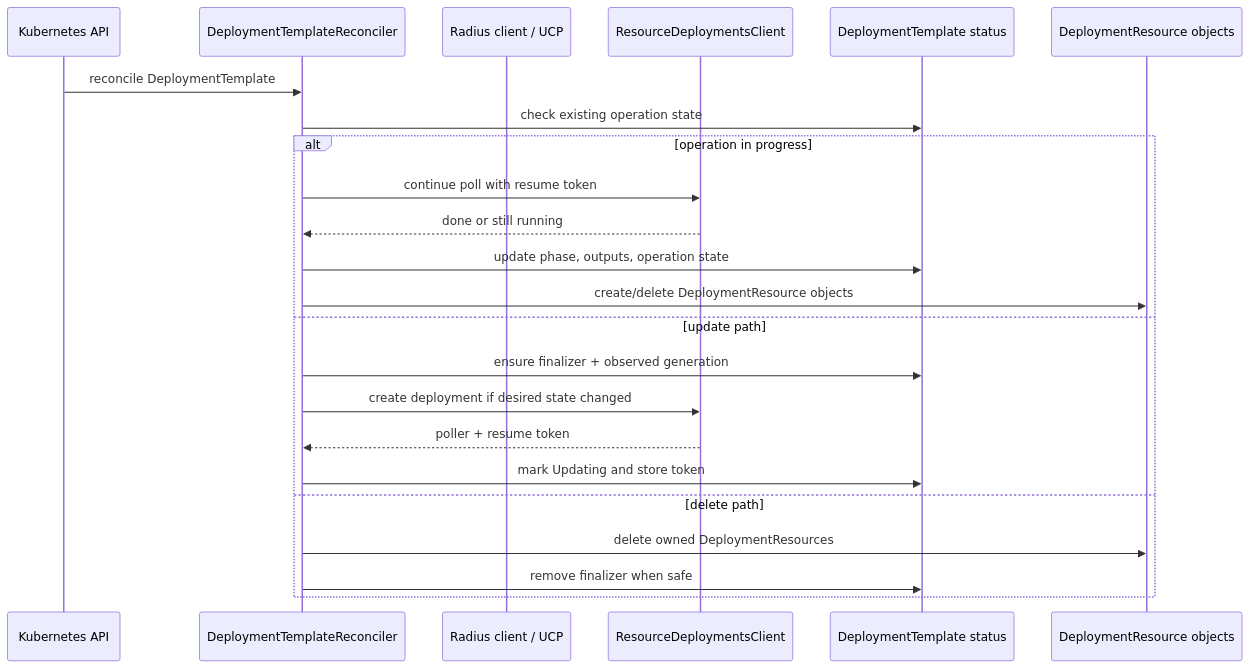
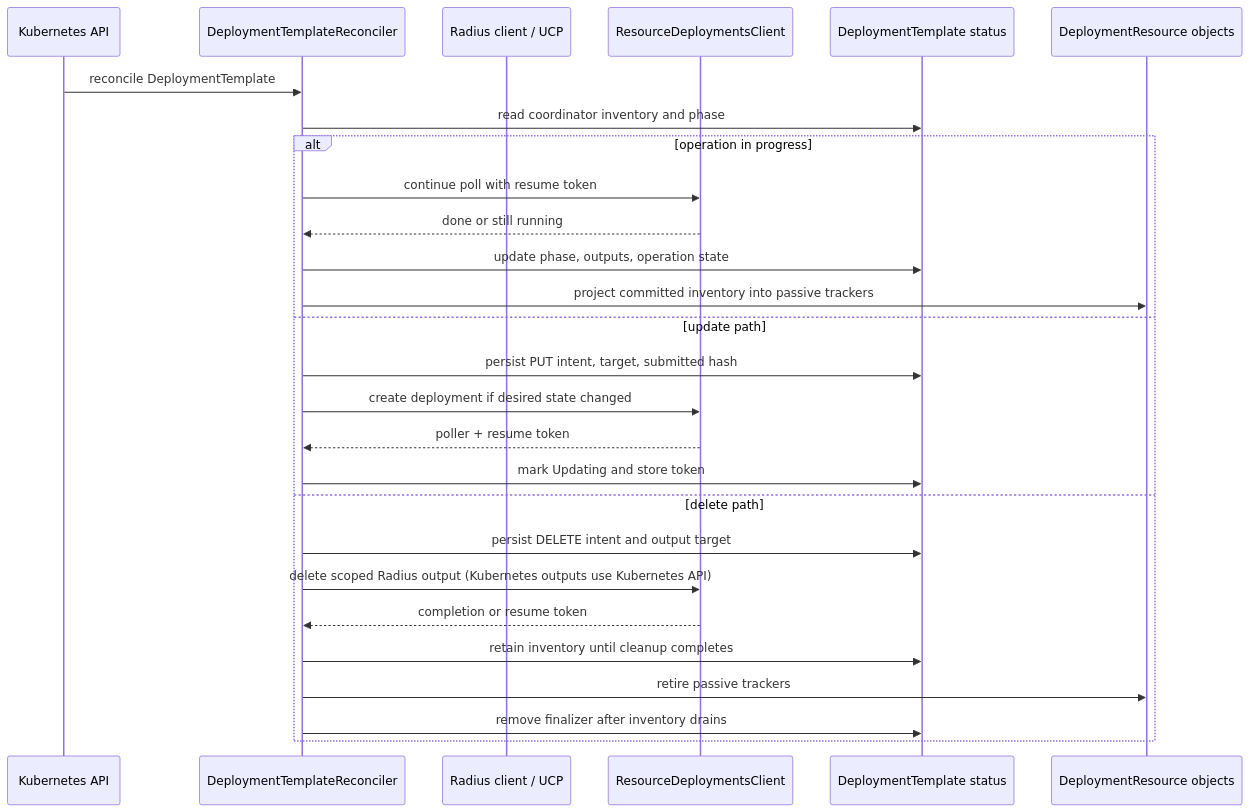
Before and after one commit to radius-project/radius: the second of 2 diagrams in docs/architecture/controller.md, drawn with Mermaid. The commit also changed other lines of this file and 17 other files, not shown here.

Commit message:
fix(controller): centralize deployment output lifecycle

````diff
--- a/docs/architecture/controller.md
+++ b/docs/architecture/controller.md
@@ -124,26 +141,30 @@
 ```mermaid
 sequenceDiagram
   participant K8S as Kubernetes API
   participant Rec as DeploymentTemplateReconciler
   participant Radius as Radius client / UCP
   participant Deploy as ResourceDeploymentsClient
   participant Status as DeploymentTemplate status
   participant Out as DeploymentResource objects
 
   K8S->>Rec: reconcile DeploymentTemplate
-  Rec->>Status: check existing operation state
+  Rec->>Status: read coordinator inventory and phase
   alt operation in progress
     Rec->>Deploy: continue poll with resume token
     Deploy-->>Rec: done or still running
     Rec->>Status: update phase, outputs, operation state
-    Rec->>Out: create/delete DeploymentResource objects
+    Rec->>Out: project committed inventory into passive trackers
   else update path
-    Rec->>Status: ensure finalizer + observed generation
+    Rec->>Status: persist PUT intent, target, submitted hash
     Rec->>Deploy: create deployment if desired state changed
     Deploy-->>Rec: poller + resume token
     Rec->>Status: mark Updating and store token
   else delete path
-    Rec->>Out: delete owned DeploymentResources
-    Rec->>Status: remove finalizer when safe
+    Rec->>Status: persist DELETE intent and output target
+    Rec->>Deploy: delete scoped Radius output (Kubernetes outputs use Kubernetes API)
+    Deploy-->>Rec: completion or resume token
+    Rec->>Status: retain inventory until cleanup completes
+    Rec->>Out: retire passive trackers
+    Rec->>Status: remove finalizer after inventory drains
   end
 ```
````
